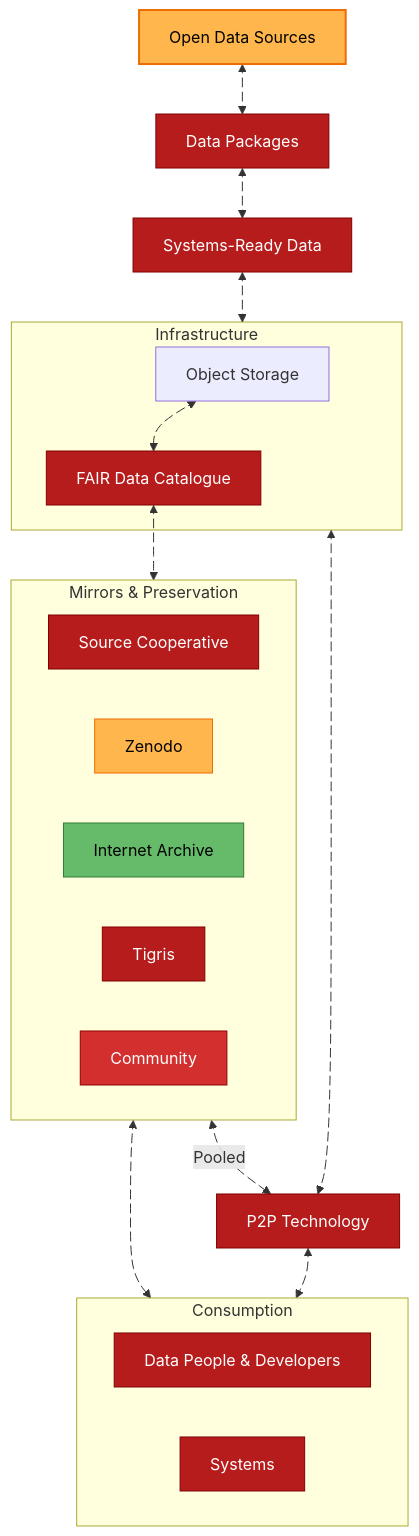
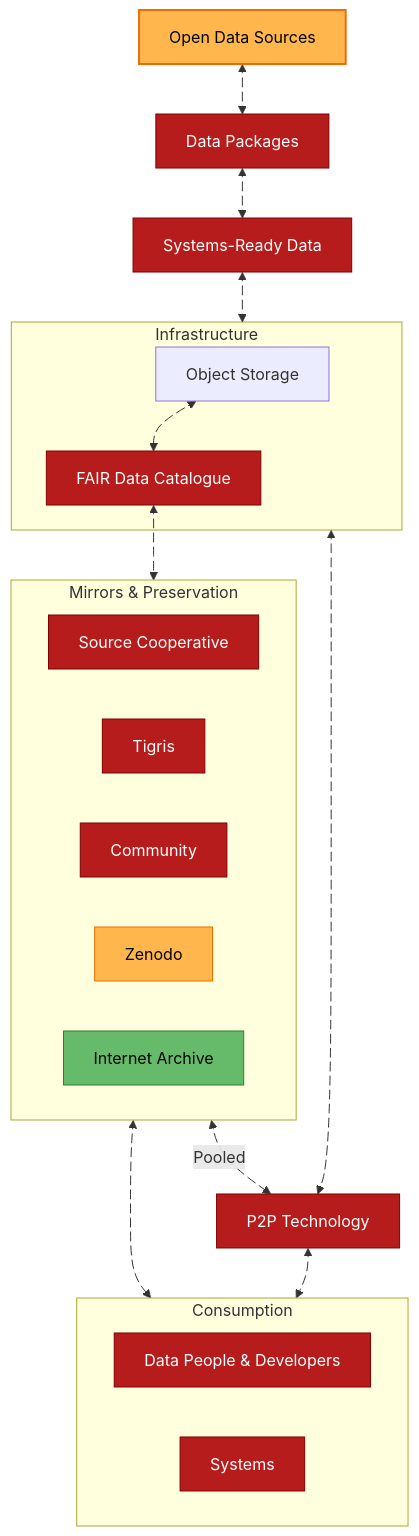
The first of 2 diagrams in content/docs/d4c-infra-distribution/_index.md (dataforcanada/www.dataforcanada.org), drawn with Mermaid before and after one commit.

Commit message:
Made changes

```diff
--- a/content/docs/d4c-infra-distribution/_index.md
+++ b/content/docs/d4c-infra-distribution/_index.md
@@ -16,10 +16,10 @@
     classDef linkNode stroke:#0000EE,color:#0000EE,stroke-width:2px;
     subgraph mirrors [Mirrors & Preservation]
         SourceCoop[Source Cooperative]
+        Tigris[Tigris]
+        Community[Community]
         Zenodo[Zenodo]
         InternetArchive[Internet Archive]
-        Tigris[Tigris]
-        Community[Community]
     end
 
     Sources[Open Data Sources]
@@ -78,7 +78,7 @@
     style SourceCoop fill:#B71C1C,stroke:#7F0000,color:#FFFFFF
     style Tigris fill:#B71C1C,stroke:#7F0000,color:#FFFFFF
     style Zenodo fill:#FFB74D,stroke:#EF6C00,color:#000000
-    style Community fill:#D32F2F,stroke:#8E0000,color:#FFFFFF
+    style Community fill:#B71C1C,stroke:#7F0000,color:#FFFFFF
     style P2P fill:#B71C1C,stroke:#7F0000,color:#FFFFFF
     style InternetArchive fill:#66BB6A,stroke:#2E7D32,color:#000000
     style Users fill:#B71C1C,stroke:#7F0000,color:#FFFFFF
@@ -89,7 +89,6 @@
     click Tigris "https://www.tigrisdata.com/docs/overview/" _blank
     click Sources "https://www.dataforcanada.org/#high-level-overview" _blank
     click Processes "https://www.dataforcanada.org/docs/d4c-pkgs/" _blank
-    click Artifacts "https://www.dataforcanada.org/docs/getting_started/" _blank
     click Metadata "https://stac-utils.github.io/stac-geoparquet/latest/spec/stac-geoparquet-spec/" _blank
     click Zenodo "https://zenodo.org/communities/dataforcanada/" _blank
     click SourceCoop "https://source.coop/dataforcanada/" _blank
```
